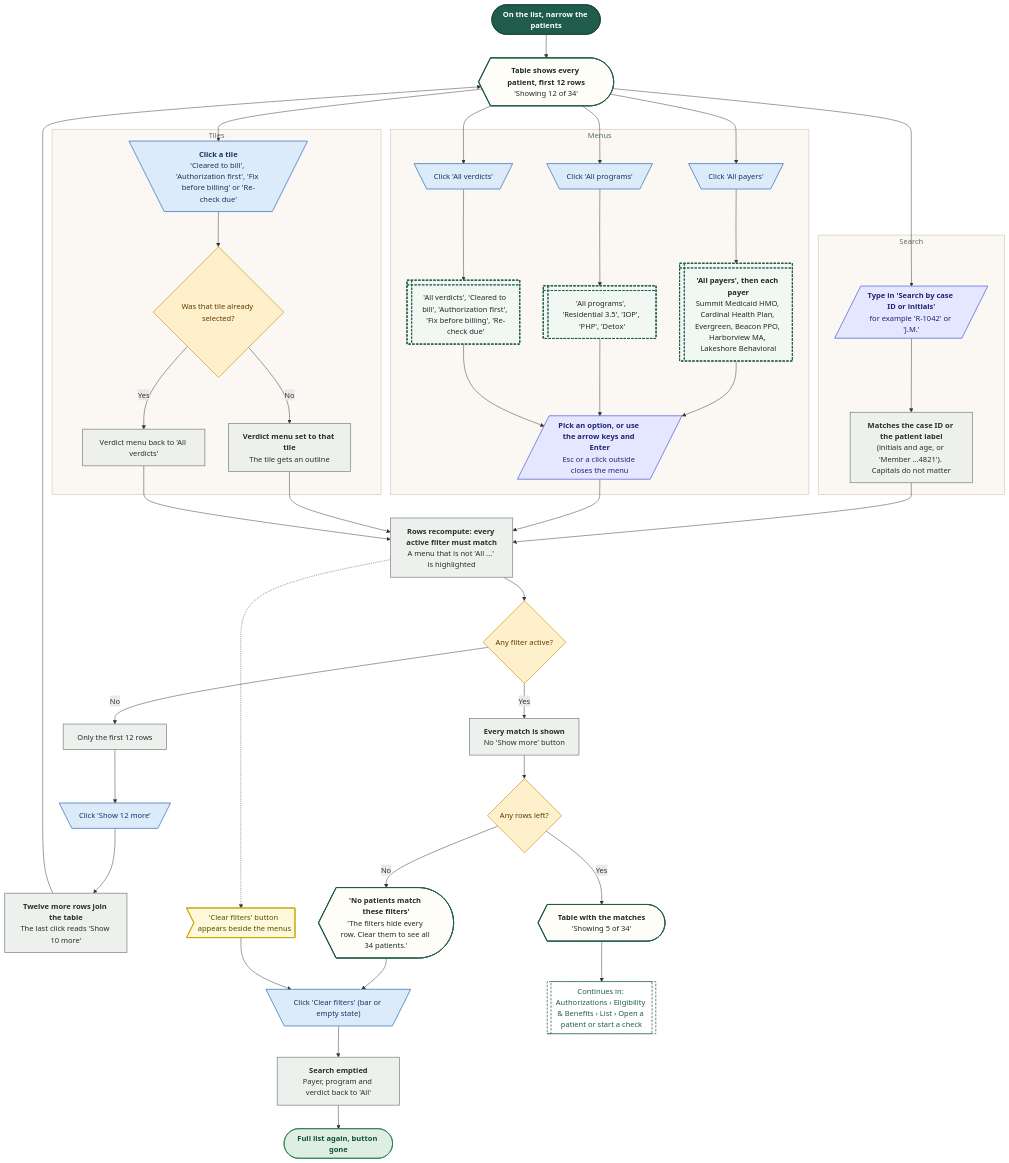
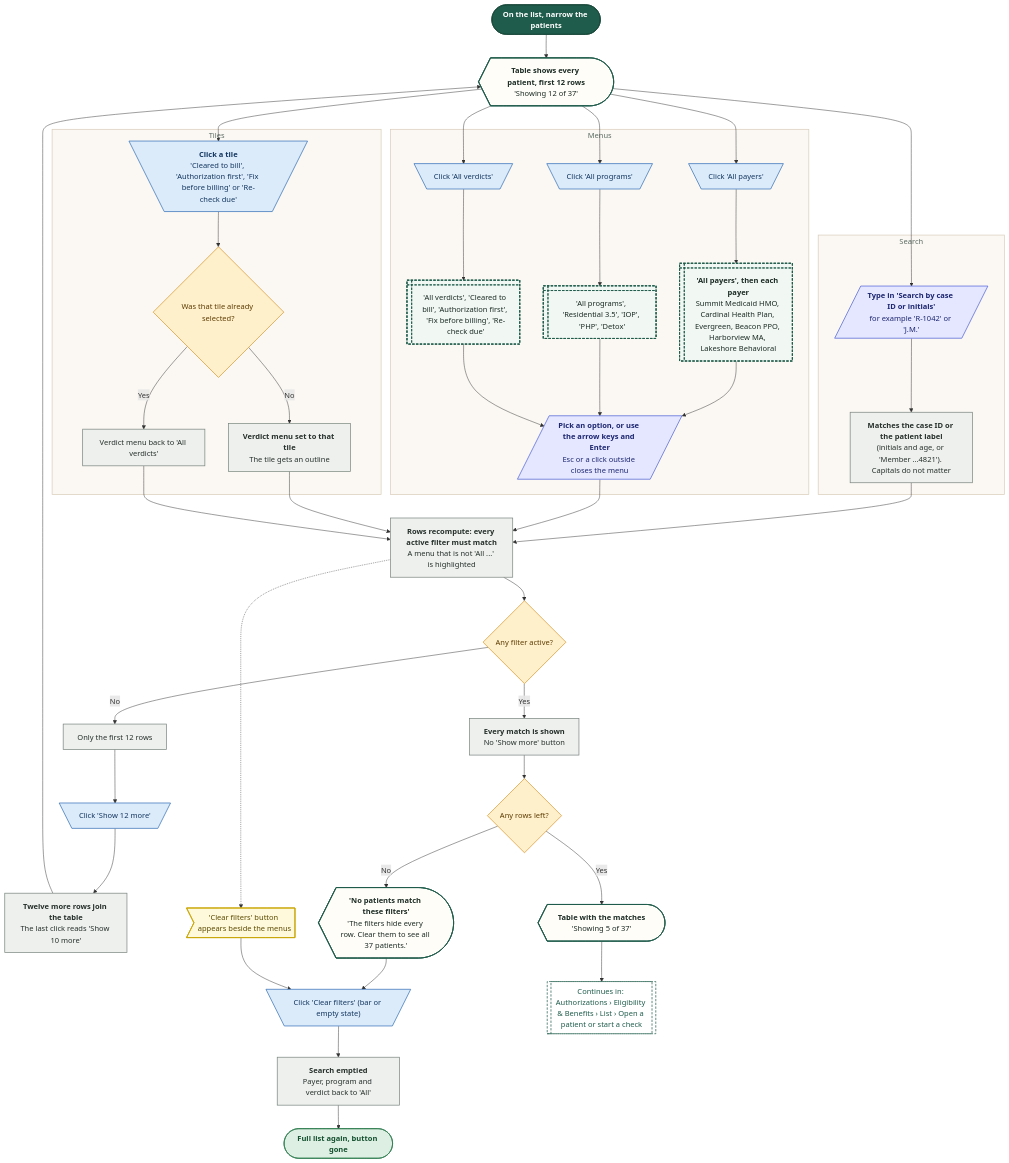
Before and after one commit to Shrav143/psyfloapp: the second of 19 diagrams in demos/prior-auth-demo/workflows/out/md/05-eligibility.md, drawn with Mermaid. The commit also changed other lines of this file and 195 other files, not shown here.

First line of the commit message:
docs: Rebuild workflow diagrams after the demo fixes (220 diagrams)

```diff
--- a/demos/prior-auth-demo/workflows/out/md/05-eligibility.md
+++ b/demos/prior-auth-demo/workflows/out/md/05-eligibility.md
@@ -106,7 +111,7 @@
   classDef k_toast fill:#FFF9DB,stroke:#C9A400,color:#5A4A00,stroke-width:1.5px
   classDef k_goto fill:#FFFFFF,stroke:#1F5C4B,color:#1F5C4B,stroke-width:1.5px,stroke-dasharray:5 3
   s1@{ shape: stadium, label: "On the list, narrow the patients" }
-  sc0@{ shape: curv-trap, label: "<b>Table shows every patient, first 12 rows</b><br/>'Showing 12 of 34'" }
+  sc0@{ shape: curv-trap, label: "<b>Table shows every patient, first 12 rows</b><br/>'Showing 12 of 37'" }
   subgraph gSearch ["Search"]
   i1@{ shape: lean-r, label: "<b>Type in 'Search by case ID or initials'</b><br/>for example 'R-1042' or 'J.M.'" }
   p1@{ shape: rect, label: "<b>Matches the case ID or the patient label</b><br/>(initials and age, or 'Member …4821'). Capitals do not matter" }
@@ -132,10 +137,10 @@
   p6@{ shape: rect, label: "Only the first 12 rows" }
   c5@{ shape: trap-t, label: "Click 'Show 12 more'" }
   p7@{ shape: rect, label: "<b>Twelve more rows join the table</b><br/>The last click reads 'Show 10 more'" }
-  sc1@{ shape: curv-trap, label: "<b>Table with the matches</b><br/>'Showing 5 of 34'" }
+  sc1@{ shape: curv-trap, label: "<b>Table with the matches</b><br/>'Showing 5 of 37'" }
   t0@{ shape: odd, label: "'Clear filters' button appears beside the menus" }
   q3@{ shape: diam, label: "Any rows left?" }
-  em@{ shape: curv-trap, label: "<b>'No patients match these filters'</b><br/>'The filters hide every row. Clear them to see all 34 patients.'" }
+  em@{ shape: curv-trap, label: "<b>'No patients match these filters'</b><br/>'The filters hide every row. Clear them to see all 37 patients.'" }
   c6@{ shape: trap-t, label: "Click 'Clear filters' (bar or empty state)" }
   p8@{ shape: rect, label: "<b>Search emptied</b><br/>Payer, program and verdict back to 'All'" }
   e1@{ shape: stadium, label: "Full list again, button gone" }
```
